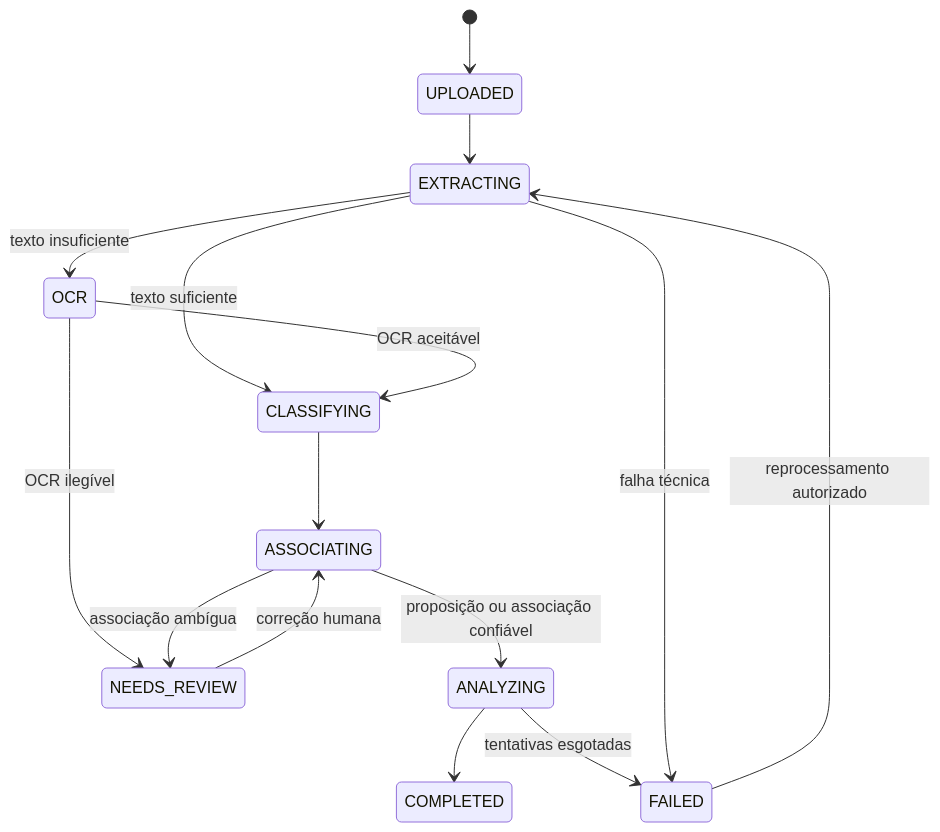
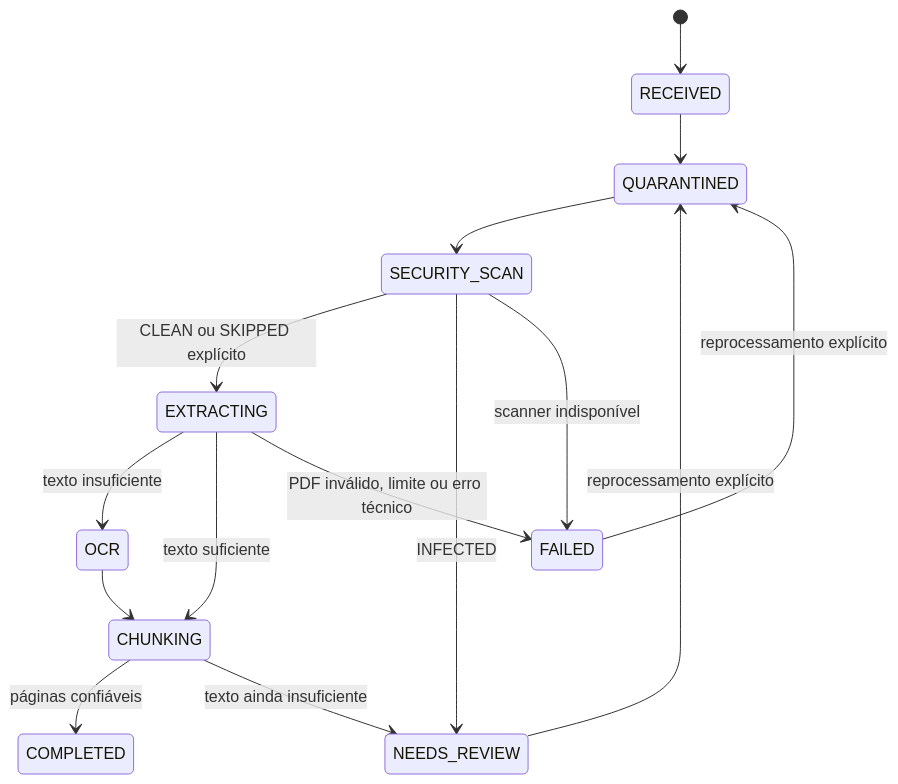
One commit to Vivaldigui/Fiscaliza-AI changed the second of 2 diagrams in docs/ARCHITECTURE.md. Above: the diagram before and after it, drawn with Mermaid. The commit also changed other lines of this file and 70 other files, not shown here.

````diff
--- a/docs/ARCHITECTURE.md
+++ b/docs/ARCHITECTURE.md
@@ -83,17 +84,17 @@
 ```mermaid
 stateDiagram-v2
-  [*] --> UPLOADED
-  UPLOADED --> EXTRACTING
+  [*] --> RECEIVED
+  RECEIVED --> QUARANTINED
+  QUARANTINED --> SECURITY_SCAN
+  SECURITY_SCAN --> EXTRACTING: CLEAN ou SKIPPED explícito
+  SECURITY_SCAN --> NEEDS_REVIEW: INFECTED
+  SECURITY_SCAN --> FAILED: scanner indisponível
   EXTRACTING --> OCR: texto insuficiente
-  EXTRACTING --> CLASSIFYING: texto suficiente
-  OCR --> CLASSIFYING: OCR aceitável
-  OCR --> NEEDS_REVIEW: OCR ilegível
-  CLASSIFYING --> ASSOCIATING
-  ASSOCIATING --> ANALYZING: proposição ou associação confiável
-  ASSOCIATING --> NEEDS_REVIEW: associação ambígua
-  ANALYZING --> COMPLETED
-  ANALYZING --> FAILED: tentativas esgotadas
-  EXTRACTING --> FAILED: falha técnica
-  FAILED --> EXTRACTING: reprocessamento autorizado
-  NEEDS_REVIEW --> ASSOCIATING: correção humana
+  EXTRACTING --> CHUNKING: texto suficiente
+  OCR --> CHUNKING
+  CHUNKING --> COMPLETED: páginas confiáveis
+  CHUNKING --> NEEDS_REVIEW: texto ainda insuficiente
+  EXTRACTING --> FAILED: PDF inválido, limite ou erro técnico
+  FAILED --> QUARANTINED: reprocessamento explícito
+  NEEDS_REVIEW --> QUARANTINED: reprocessamento explícito
 ```
````
